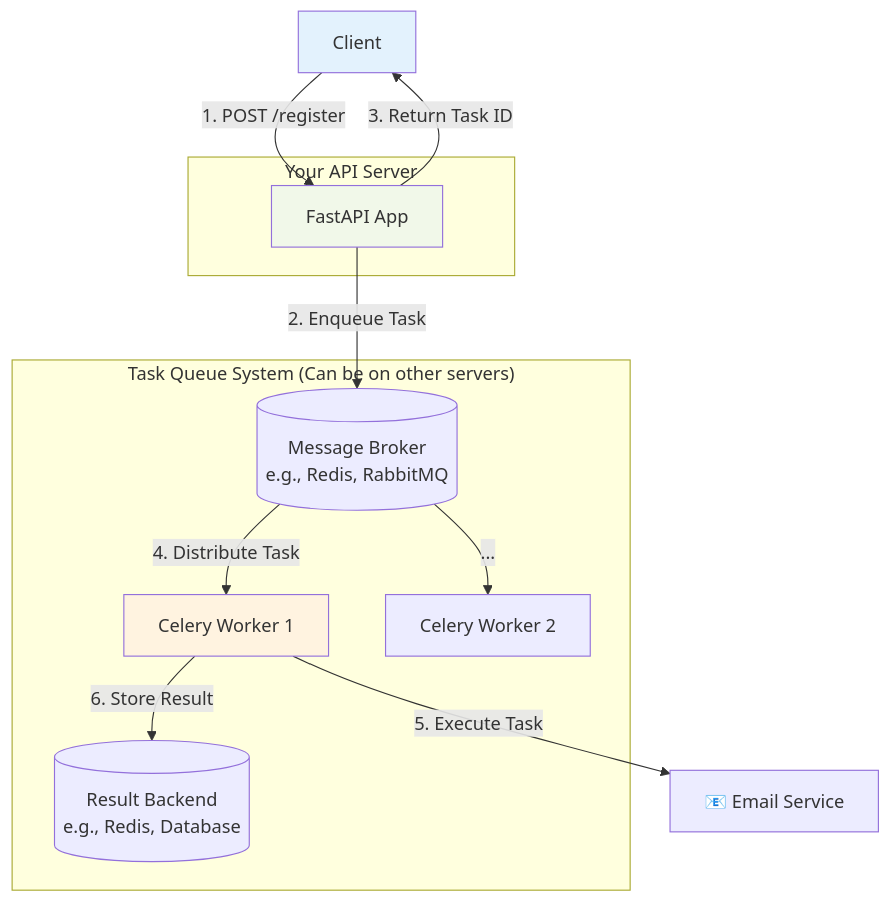
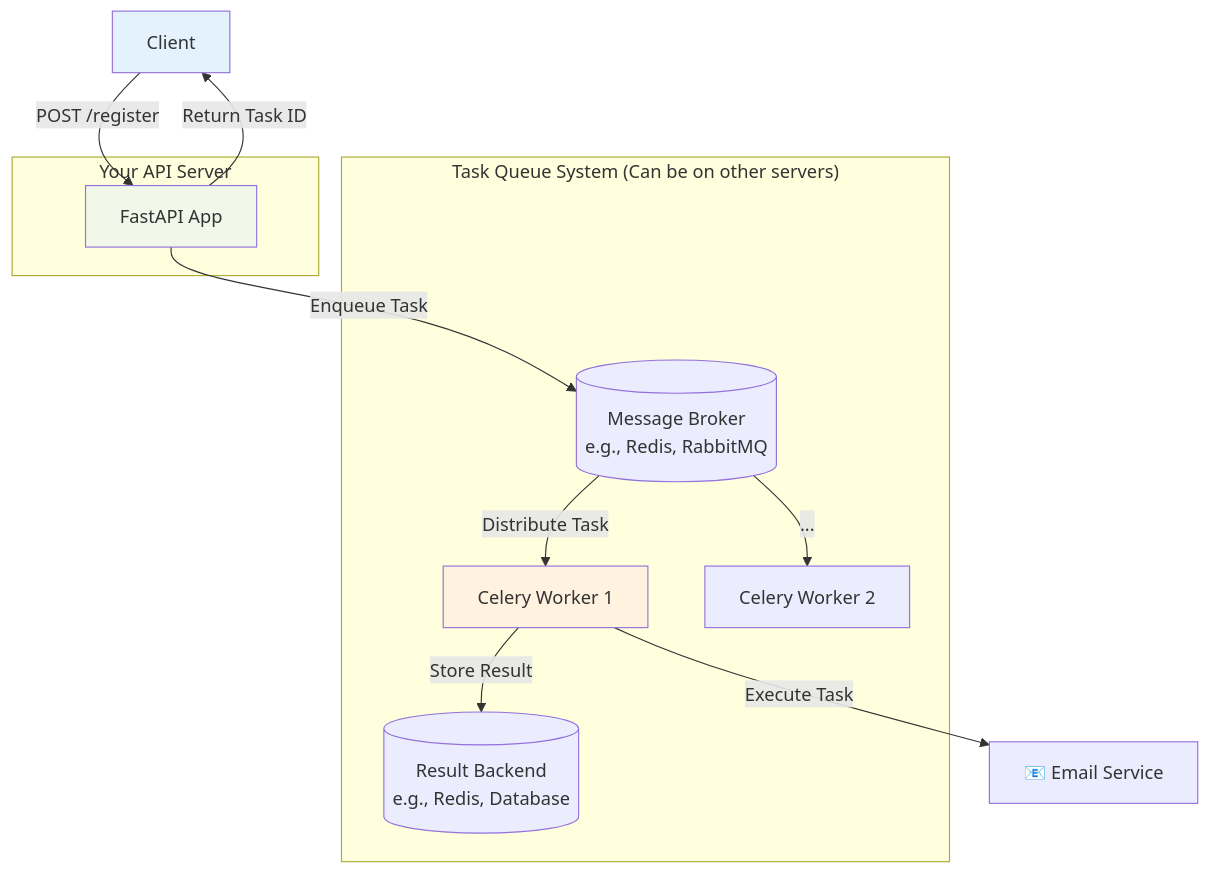
The third of 3 diagrams in app/docs/04_advanced/03-background-tasks-asynchronous-processing/page.mdx (ridwanspace/restful-fastapi-guideline), drawn with Mermaid before and after one commit.

Commit message:
📝 docs(advanced): enhance background tasks diagram
- improve diagram clarity by adding labels to edges
- add gaps to Task Queue System subgraph for better readability

````diff
--- a/app/docs/04_advanced/03-background-tasks-asynchronous-processing/page.mdx
+++ b/app/docs/04_advanced/03-background-tasks-asynchronous-processing/page.mdx
@@ -195,24 +195,27 @@
 ```mermaid
 graph TD
-    Client[Client] -->|1. POST /register| FastAPI[FastAPI App];
-    FastAPI -->|2. Enqueue Task| Broker[(Message Broker<br/>e.g., Redis, RabbitMQ)];
-    FastAPI -->|3. Return Task ID| Client;
-    Broker -->|4. Distribute Task| CeleryWorker[Celery Worker 1];
-    Broker -->|...| CeleryWorker2[Celery Worker 2];
-    CeleryWorker -->|5. Execute Task| ExternalService[📧 Email Service];
-    CeleryWorker -->|6. Store Result| ResultBackend[(Result Backend<br/>e.g., Redis, Database)];
+    Client[Client] -->|"POST /register"| FastAPI[FastAPI App];
+    FastAPI -->|"Enqueue Task"| Broker[(Message Broker<br/>e.g., Redis, RabbitMQ)];
+    FastAPI -->|"Return Task ID"| Client;
+    Broker -->|"Distribute Task"| CeleryWorker[Celery Worker 1];
+    Broker -->|"..."| CeleryWorker2[Celery Worker 2];
+    CeleryWorker -->|"Execute Task"| ExternalService[📧 Email Service];
+    CeleryWorker -->|"Store Result"| ResultBackend[(Result Backend<br/>e.g., Redis, Database)];
 
     subgraph "Your API Server"
         FastAPI
     end
     subgraph "Task Queue System (Can be on other servers)"
+    gap1[ ]
+        style gap1 fill:none,stroke:none
+        gap1 ~~~
         Broker
         CeleryWorker
         CeleryWorker2
         ResultBackend
     end
 
     style Client fill:#e3f2fd
     style FastAPI fill:#f1f8e9
     style CeleryWorker fill:#fff3e0
 ```
````
